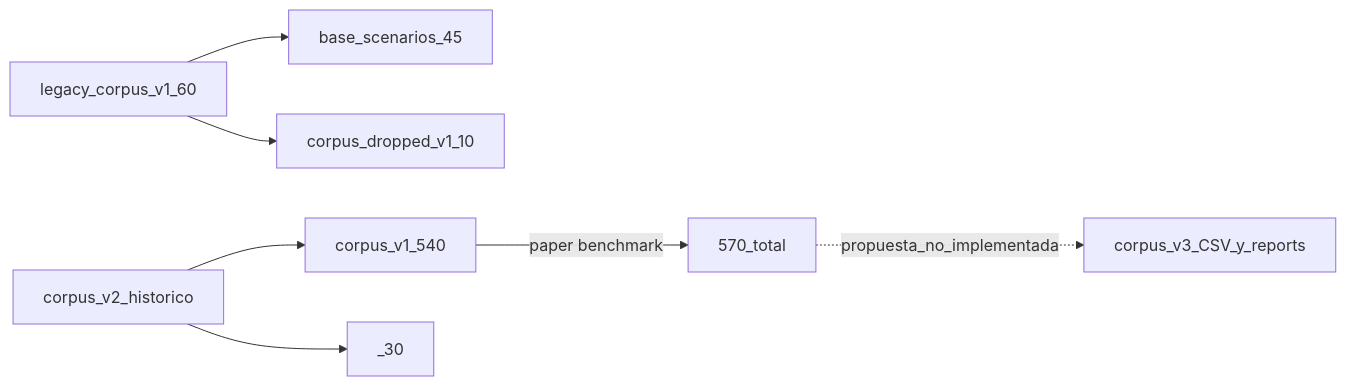
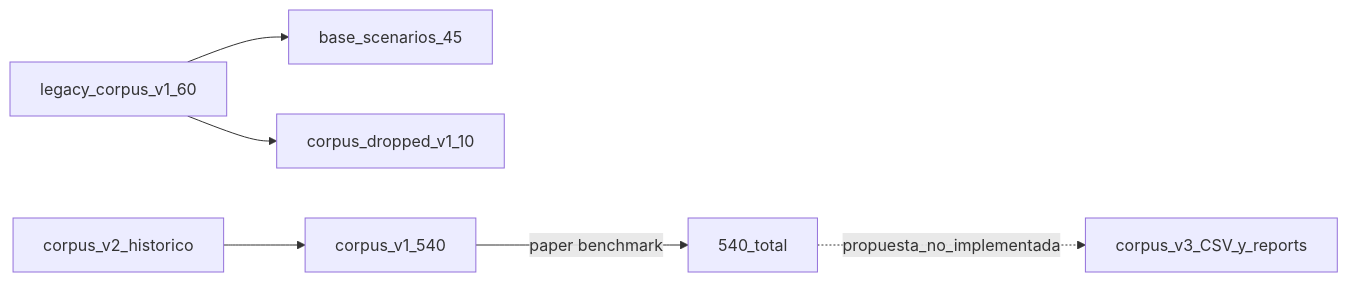
Before and after one commit to Radega1993/the-one-scenario-corpus: the diagram in INVENTARIO.md, drawn with Mermaid. The commit also changed other lines of this file and 36 other files, not shown here.

````diff
--- a/INVENTARIO.md
+++ b/INVENTARIO.md
@@ -89,9 +87,8 @@
 ```mermaid
 flowchart LR
   legacy[legacy_corpus_v1_60] --> base[base_scenarios_45]
   tp[corpus_v2_historico] --> env[corpus_v1_540]
-  tp --> stress[_30]
   legacy --> dropped[corpus_dropped_v1_10]
-  env -->|paper benchmark| combo[570_total]
+  env -->|paper benchmark| combo[540_total]
   combo -.->|propuesta_no_implementada| v3plan[corpus_v3_CSV_y_reports]
 ```
````
